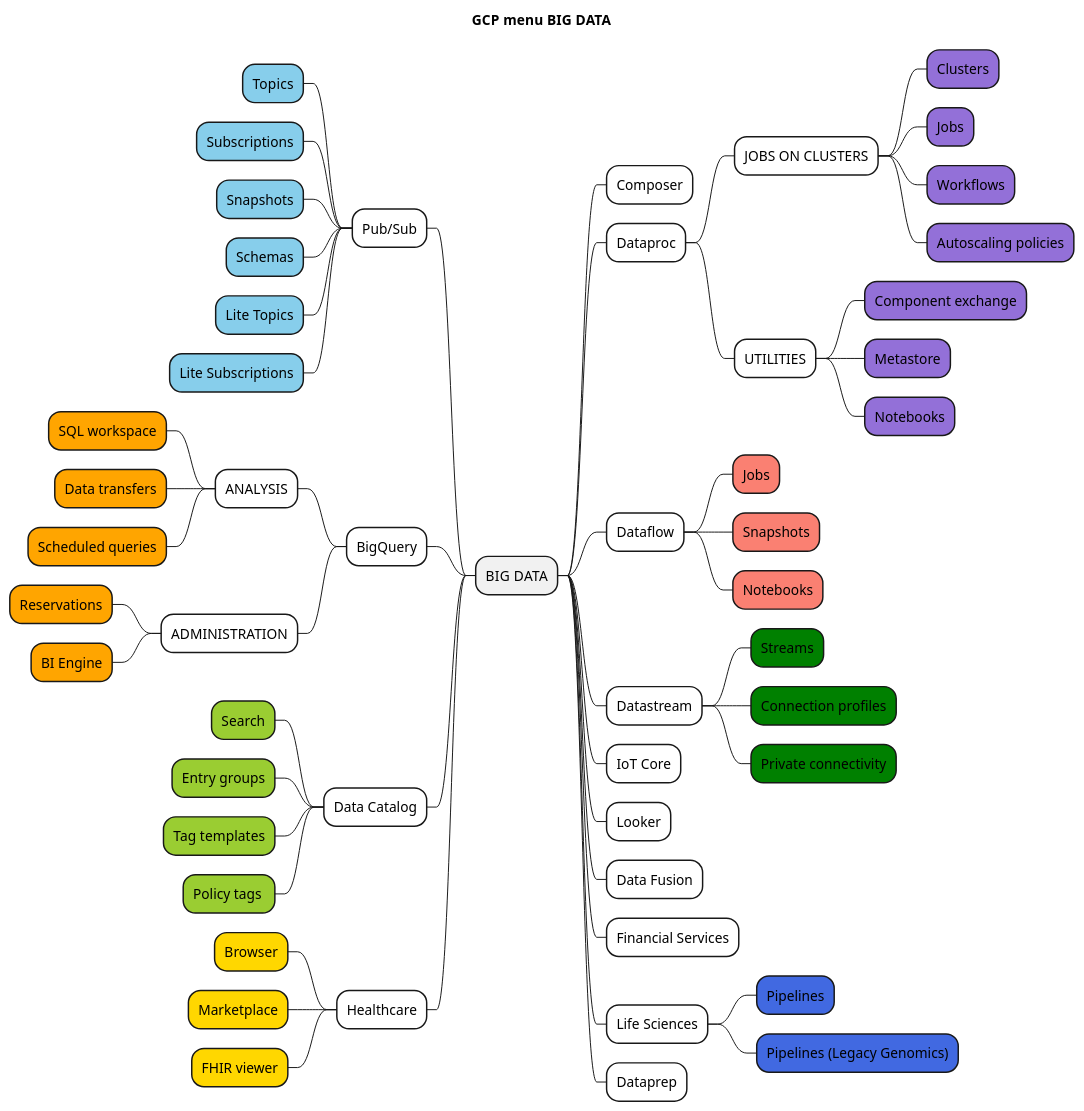
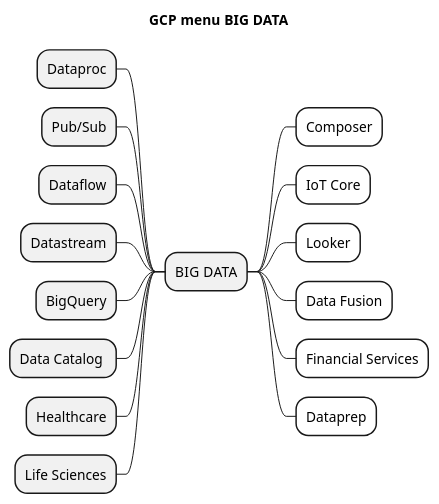
Before and after one commit to pham-anh/learn-lpic: the diagram in gcp/img/gcp_menu8_bigdata.puml, drawn with PlantUML. The commit also changed 12 other files, not shown here.

```diff
--- a/gcp/img/gcp_menu8_bigdata.puml
+++ b/gcp/img/gcp_menu8_bigdata.puml
@@ -1,70 +1,33 @@
 @startmindmap
 title GCP menu BIG DATA
 
 * BIG DATA
 **[#White] Composer
 
-**[#White] Dataproc
-***[#White] JOBS ON CLUSTERS
-****[#MediumPurple] Clusters
-****[#MediumPurple] Jobs
-****[#MediumPurple] Workflows
-****[#MediumPurple] Autoscaling policies
-***[#White] UTILITIES
-****[#MediumPurple] Component exchange
-****[#MediumPurple] Metastore
-****[#MediumPurple] Notebooks
+-- Dataproc
 
---[#White] Pub/Sub
----[#SkyBlue] Topics
----[#SkyBlue] Subscriptions
----[#SkyBlue] Snapshots
----[#SkyBlue] Schemas
----[#SkyBlue] Lite Topics
----[#SkyBlue] Lite Subscriptions
+-- Pub/Sub
 
-**[#White] Dataflow
-***[#Salmon] Jobs
-***[#Salmon] Snapshots
-***[#Salmon] Notebooks
+-- Dataflow
 
-**[#White] Datastream
-***[#Green] Streams
-***[#Green] Connection profiles
-***[#Green] Private connectivity
+-- Datastream
 
 **[#White] IoT Core
 
---[#White] BigQuery
----[#White] ANALYSIS
-----[#Orange] SQL workspace
-----[#Orange] Data transfers
-----[#Orange] Scheduled queries
----[#White] ADMINISTRATION
-----[#Orange] Reservations
-----[#Orange] BI Engine
+-- BigQuery
 
 **[#White] Looker
 
---[#White] Data Catalog
----[#YellowGreen] Search
----[#YellowGreen] Entry groups
----[#YellowGreen] Tag templates
----[#YellowGreen] Policy tags 
+-- Data Catalog 
 
 **[#White] Data Fusion
 
 **[#White] Financial Services
 
---[#White] Healthcare
----[#Gold] Browser
----[#Gold] Marketplace
----[#Gold] FHIR viewer
+-- Healthcare
 
-**[#White] Life Sciences
-***[#RoyalBlue] Pipelines
-***[#RoyalBlue] Pipelines (Legacy Genomics)
+-- Life Sciences
 
 **[#White] Dataprep
 
 @endmindmap
```
